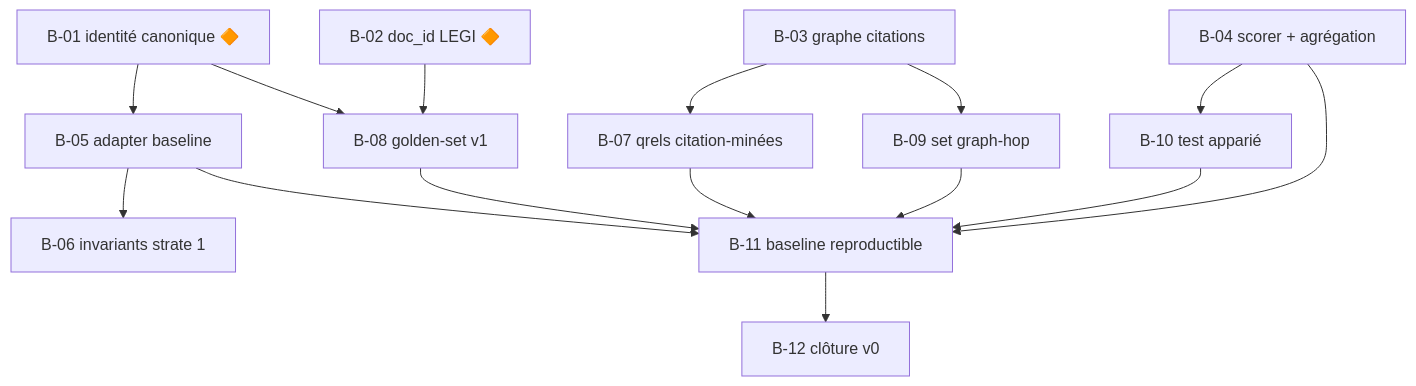
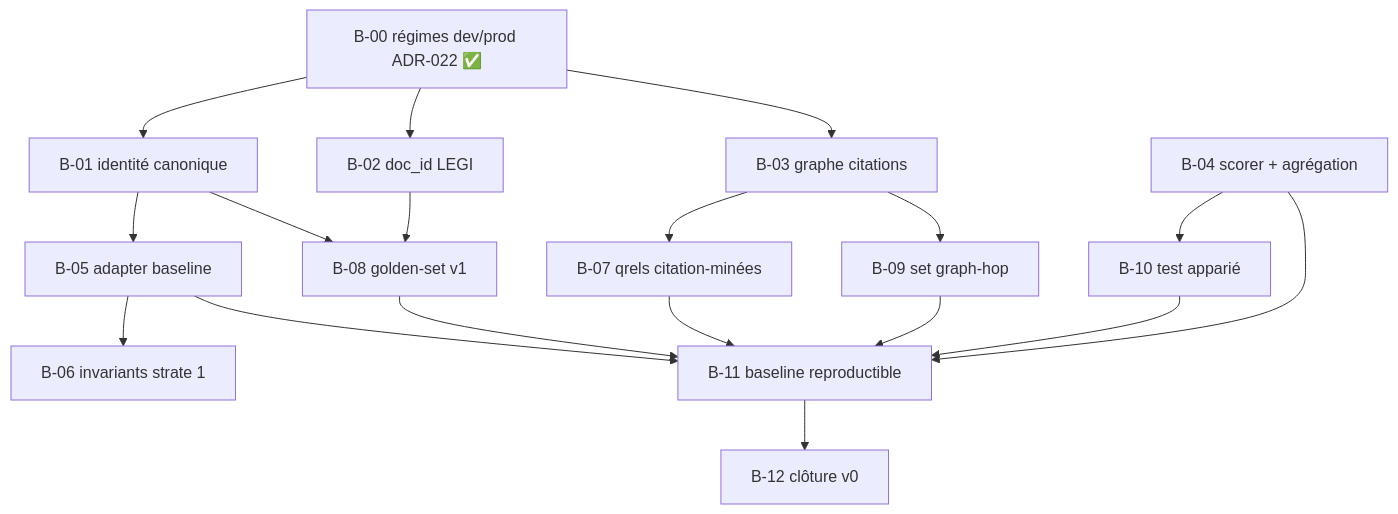
Before and after one commit to nmoutou/murphy: the diagram in docs/pilotage/BACKLOG.md, drawn with Mermaid. The commit also changed other lines of this file and 5 other files, not shown here.

````diff
--- a/docs/pilotage/BACKLOG.md
+++ b/docs/pilotage/BACKLOG.md
@@ -42,17 +54,20 @@
 ```mermaid
 flowchart TD
-    B01[B-01 identité canonique 🔶] --> B05[B-05 adapter baseline]
+    B00[B-00 régimes dev/prod ADR-022 ✅] --> B01[B-01 identité canonique]
+    B00 --> B02[B-02 doc_id LEGI]
+    B00 --> B03
+    B01 --> B05[B-05 adapter baseline]
     B01 --> B08[B-08 golden-set v1]
-    B02[B-02 doc_id LEGI 🔶] --> B08
+    B02 --> B08
     B03[B-03 graphe citations] --> B07[B-07 qrels citation-minées]
     B03 --> B09[B-09 set graph-hop]
     B04[B-04 scorer + agrégation] --> B10[B-10 test apparié]
     B04 --> B11[B-11 baseline reproductible]
     B05 --> B06[B-06 invariants strate 1]
     B05 --> B11
     B07 --> B11
     B08 --> B11
     B09 --> B11
     B10 --> B11
     B11 --> B12[B-12 clôture v0]
 ```
````
